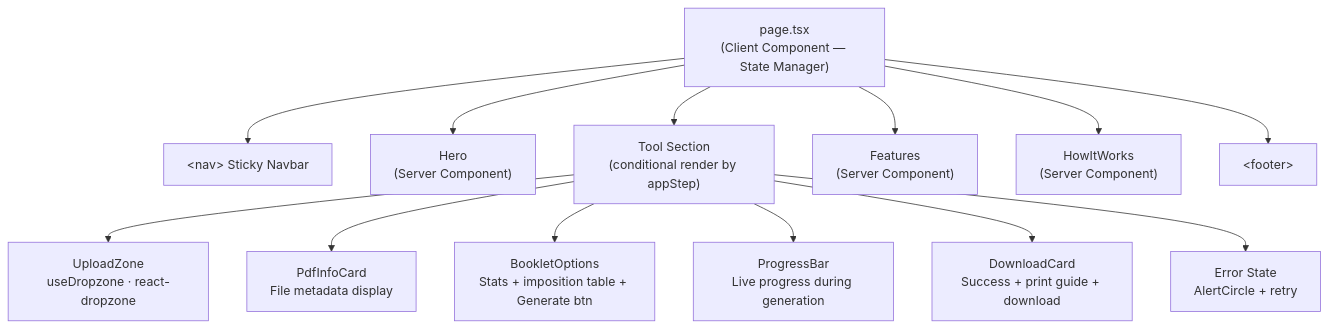
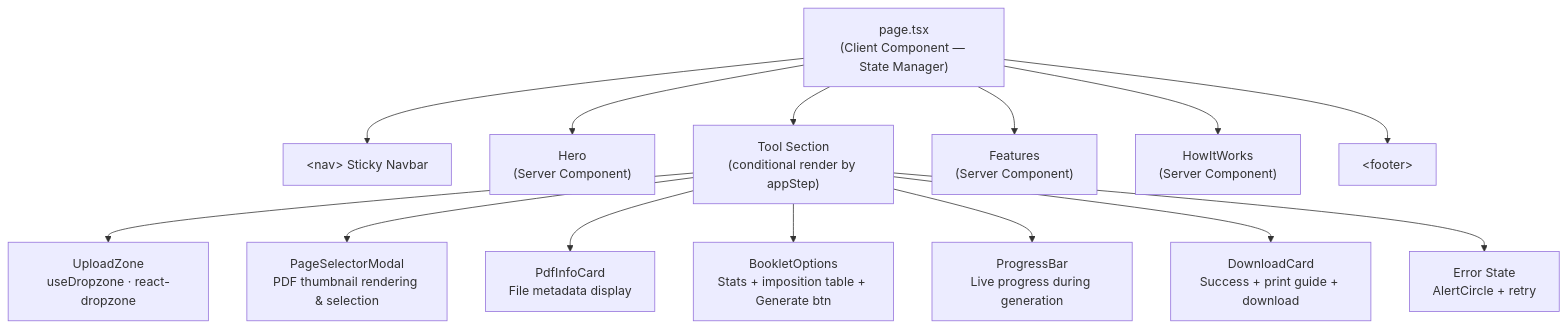
One commit to Lancerhawk/Imposio changed the third of 5 diagrams in README.md. Above: the diagram before and after it, drawn with Mermaid. The commit also changed other lines of this file and 2 other files, not shown here.

````diff
--- a/README.md
+++ b/README.md
@@ -96,18 +98,19 @@
 ```mermaid
 graph TD
     PG["page.tsx\n(Client Component — State Manager)"]
 
     PG --> NAV["&lt;nav&gt; Sticky Navbar"]
     PG --> HRO["Hero\n(Server Component)"]
     PG --> TOOL["Tool Section\n(conditional render by appStep)"]
     PG --> FEAT["Features\n(Server Component)"]
     PG --> HOW["HowItWorks\n(Server Component)"]
     PG --> FOOT["&lt;footer&gt;"]
 
     TOOL --> UPL["UploadZone\nuseDropzone · react-dropzone"]
+    TOOL --> SEL["PageSelectorModal\nPDF thumbnail rendering & selection"]
     TOOL --> INFO["PdfInfoCard\nFile metadata display"]
     TOOL --> OPTS["BookletOptions\nStats + imposition table + Generate btn"]
     TOOL --> PROG["ProgressBar\nLive progress during generation"]
     TOOL --> DL["DownloadCard\nSuccess + print guide + download"]
     TOOL --> ERR["Error State\nAlertCircle + retry"]
 ```
````
